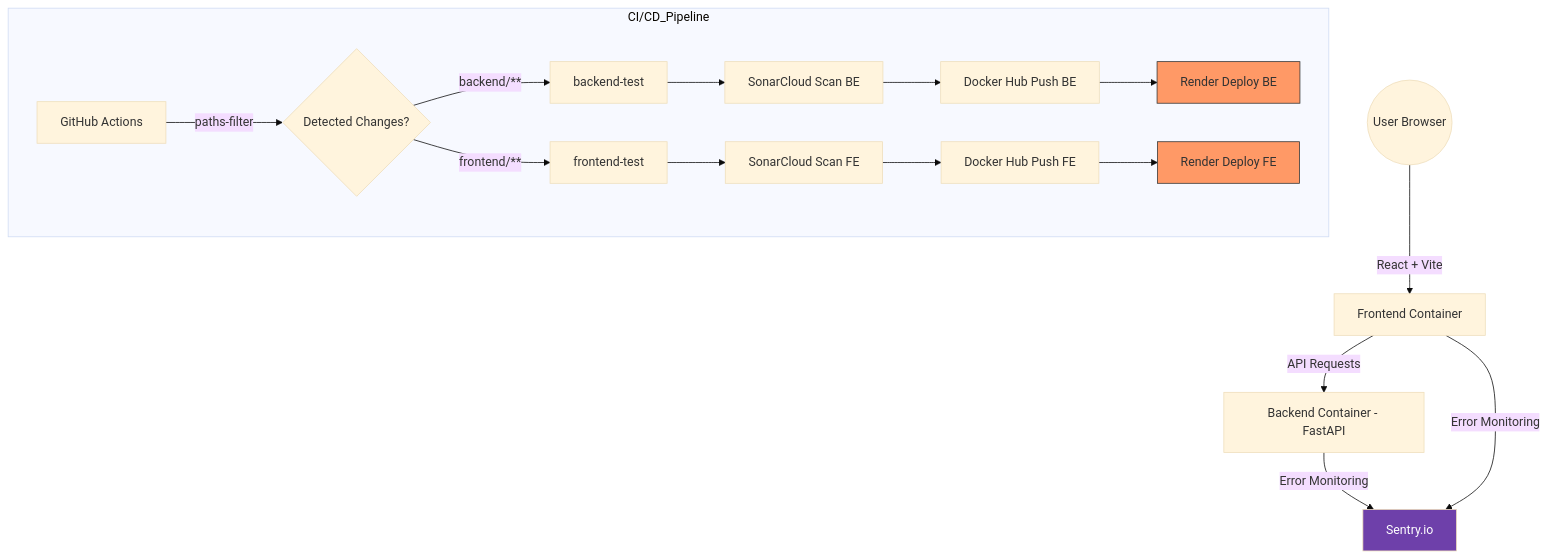
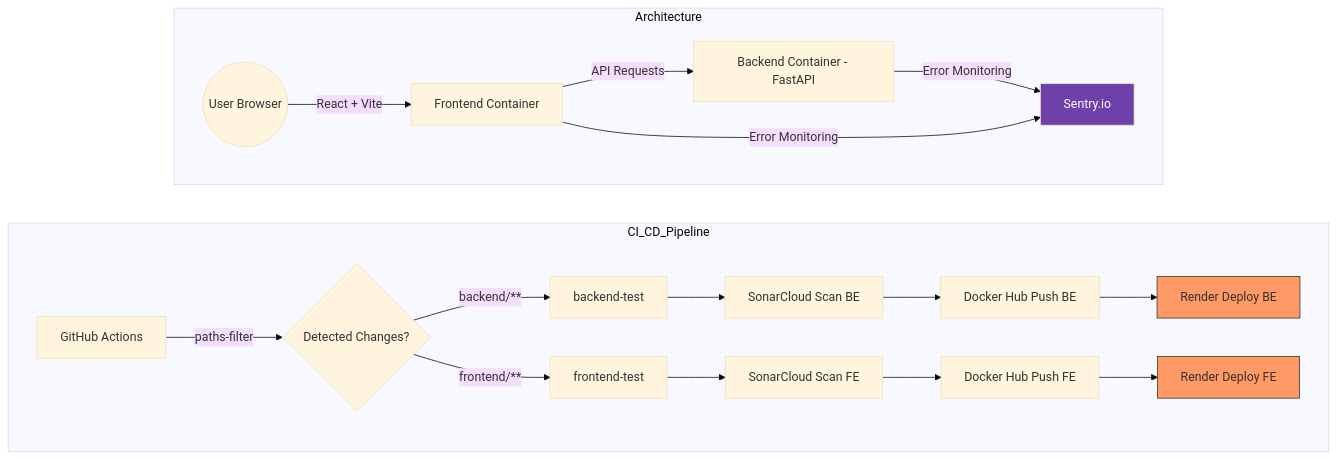
The diagram in README.md (Zhuravka-AI/devops-playground), drawn with Mermaid (base theme) before and after one commit.

Commit message:
update mermaid graph

````diff
--- a/README.md
+++ b/README.md
@@ -26,28 +26,32 @@
 ```mermaid
 graph TD
-    User((User Browser)) -->|React + Vite| FE_App[Frontend Container]
-    FE_App -->|API Requests| BE_App[Backend Container - FastAPI]
-    BE_App -->|Error Monitoring| Sentry[Sentry.io]
-    FE_App -->|Error Monitoring| Sentry
-    
-    subgraph CI/CD_Pipeline
+    %% App Architecture
+    subgraph Architecture
+        User((User Browser)) -->|React + Vite| FE_App[Frontend Container]
+        FE_App -->|API Requests| BE_App[Backend Container - FastAPI]
+        BE_App -->|Error Monitoring| Sentry[Sentry.io]
+        FE_App -->|Error Monitoring| Sentry
+    end
+
+    %% Invisible link to force vertical layout
+    Architecture ~~~ CI_CD_Pipeline
+
+    %% CI/CD Flow
+    subgraph CI_CD_Pipeline
         GH[GitHub Actions] -->|paths-filter| Filter{Detected Changes?}
         
-        %% Backend Branch
         Filter -->|backend/**| BE_Test[backend-test]
         BE_Test --> BE_Sonar[SonarCloud Scan BE]
         BE_Sonar --> BE_Push[Docker Hub Push BE]
         BE_Push --> BE_Render[Render Deploy BE]
         
-        %% Frontend Branch
         Filter -->|frontend/**| FE_Test[frontend-test]
         FE_Test --> FE_Sonar[SonarCloud Scan FE]
         FE_Sonar --> FE_Push[Docker Hub Push FE]
         FE_Push --> FE_Render[Render Deploy FE]
     end
 
-    %% Visual styling
     style BE_Render fill:#f96,stroke:#333
     style FE_Render fill:#f96,stroke:#333
     style Sentry fill:#6e40aa,color:#fff
 ```
````
